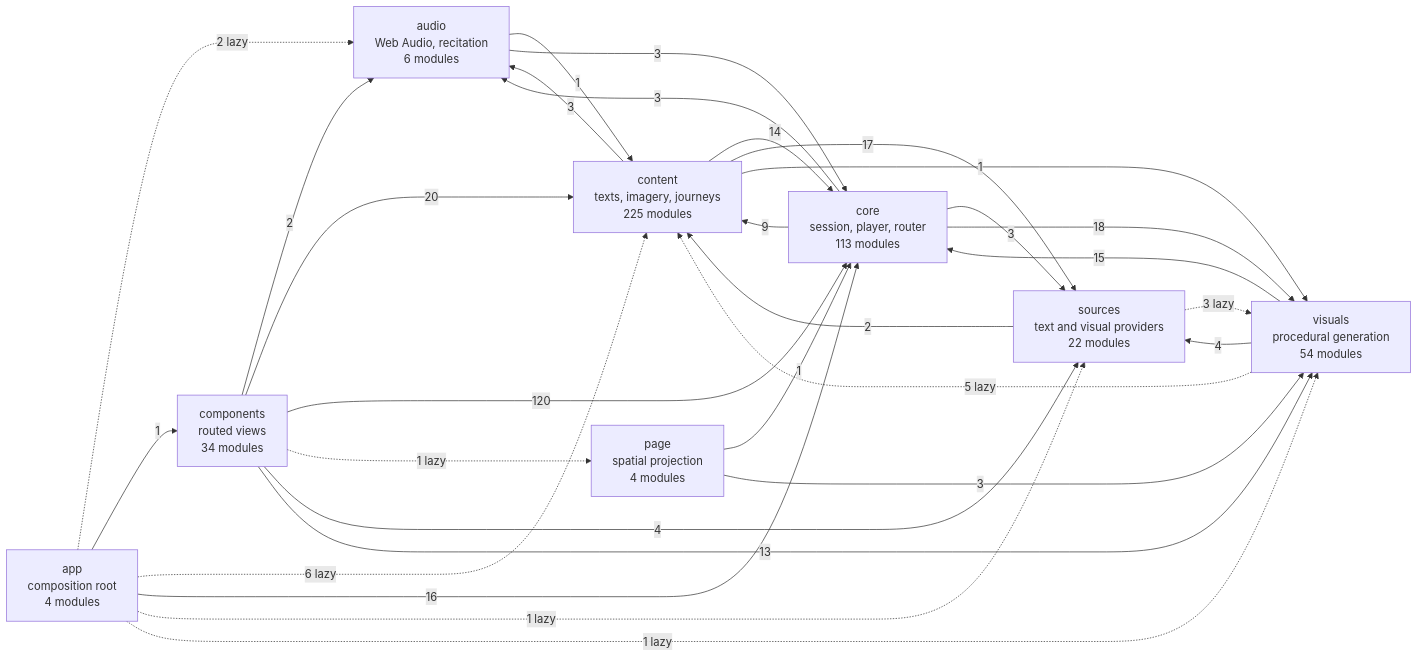
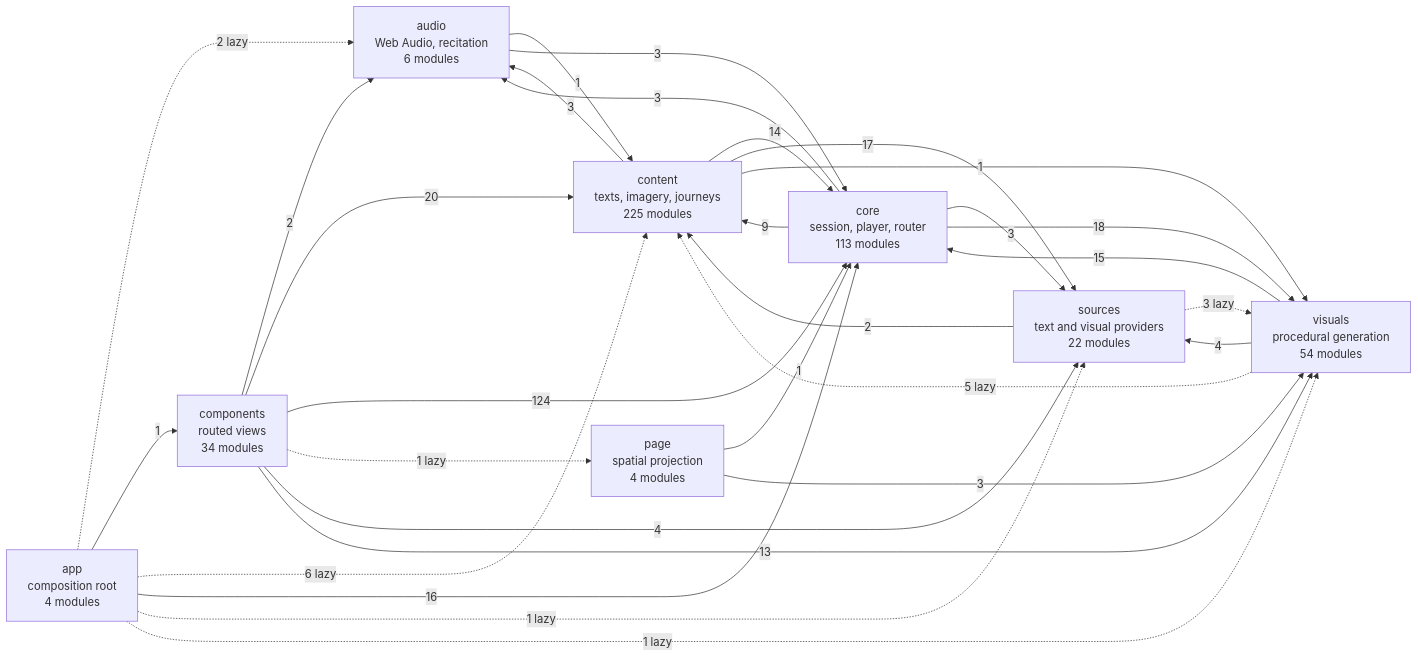
The diagram in docs/specs/ARCHITECTURE.md (SyberLabs/RISE), drawn with Mermaid before and after one commit. The commit also changed 7 other files, not shown here.

````diff
--- a/docs/specs/ARCHITECTURE.md
+++ b/docs/specs/ARCHITECTURE.md
@@ -149,41 +149,41 @@
 ```mermaid
 flowchart LR
     app["app<br/>composition root<br/>4 modules"]
     audio["audio<br/>Web Audio, recitation<br/>6 modules"]
     components["components<br/>routed views<br/>34 modules"]
     content["content<br/>texts, imagery, journeys<br/>225 modules"]
     core["core<br/>session, player, router<br/>113 modules"]
     page["page<br/>spatial projection<br/>4 modules"]
     sources["sources<br/>text and visual providers<br/>22 modules"]
     visuals["visuals<br/>procedural generation<br/>54 modules"]
 
     app -.-> |2 lazy| audio
     app --> |1| components
     app -.-> |6 lazy| content
     app --> |16| core
     app -.-> |1 lazy| sources
     app -.-> |1 lazy| visuals
     audio --> |1| content
     audio --> |3| core
     components --> |2| audio
     components --> |20| content
-    components --> |120| core
+    components --> |124| core
     components -.-> |1 lazy| page
     components --> |4| sources
     components --> |13| visuals
     content --> |3| audio
     content --> |14| core
     content --> |17| sources
     content --> |1| visuals
     core --> |3| audio
     core --> |9| content
     core --> |3| sources
     core --> |18| visuals
     page --> |1| core
     page --> |3| visuals
     sources --> |2| content
     sources -.-> |3 lazy| visuals
     visuals -.-> |5 lazy| content
     visuals --> |15| core
     visuals --> |4| sources
 ```
````
